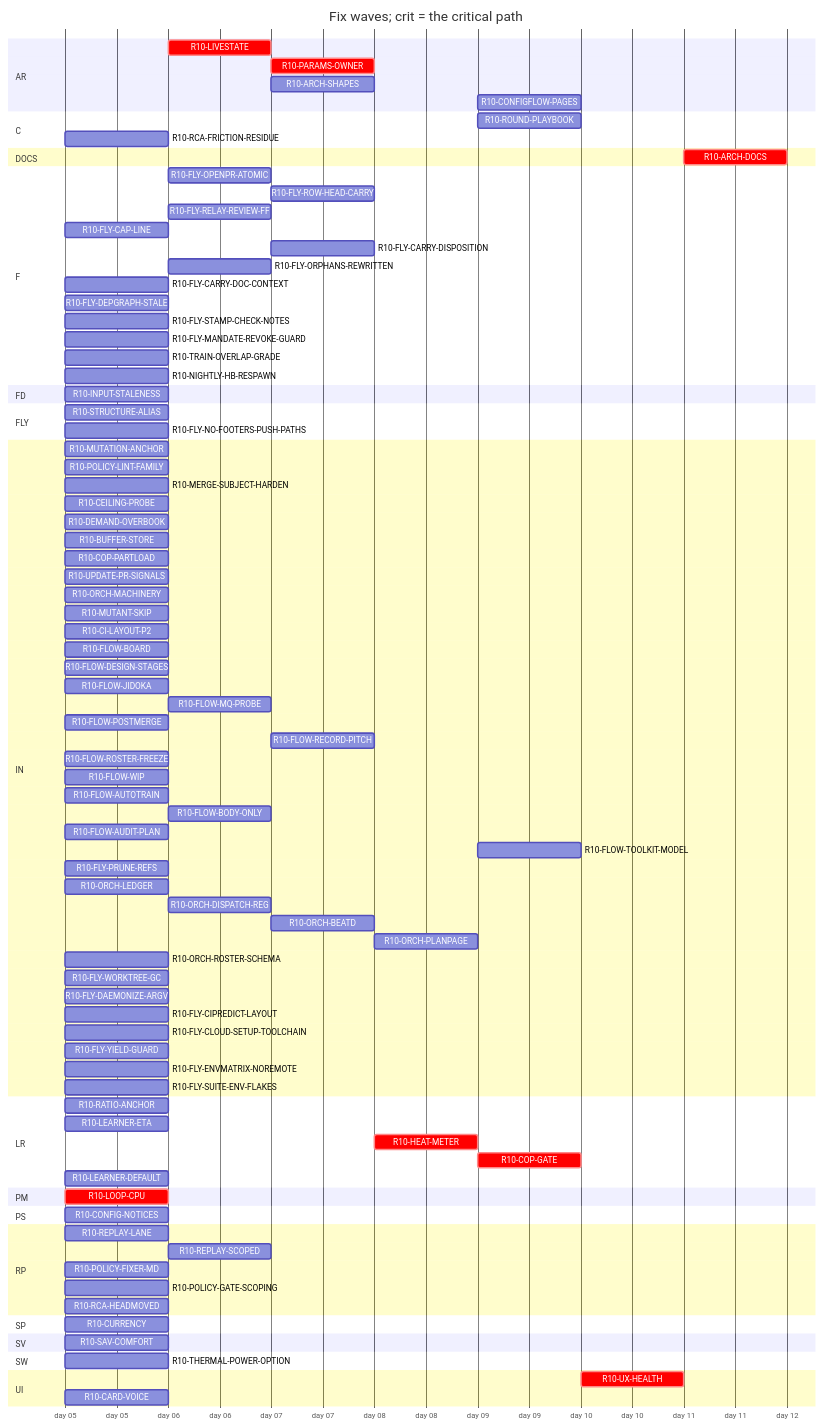
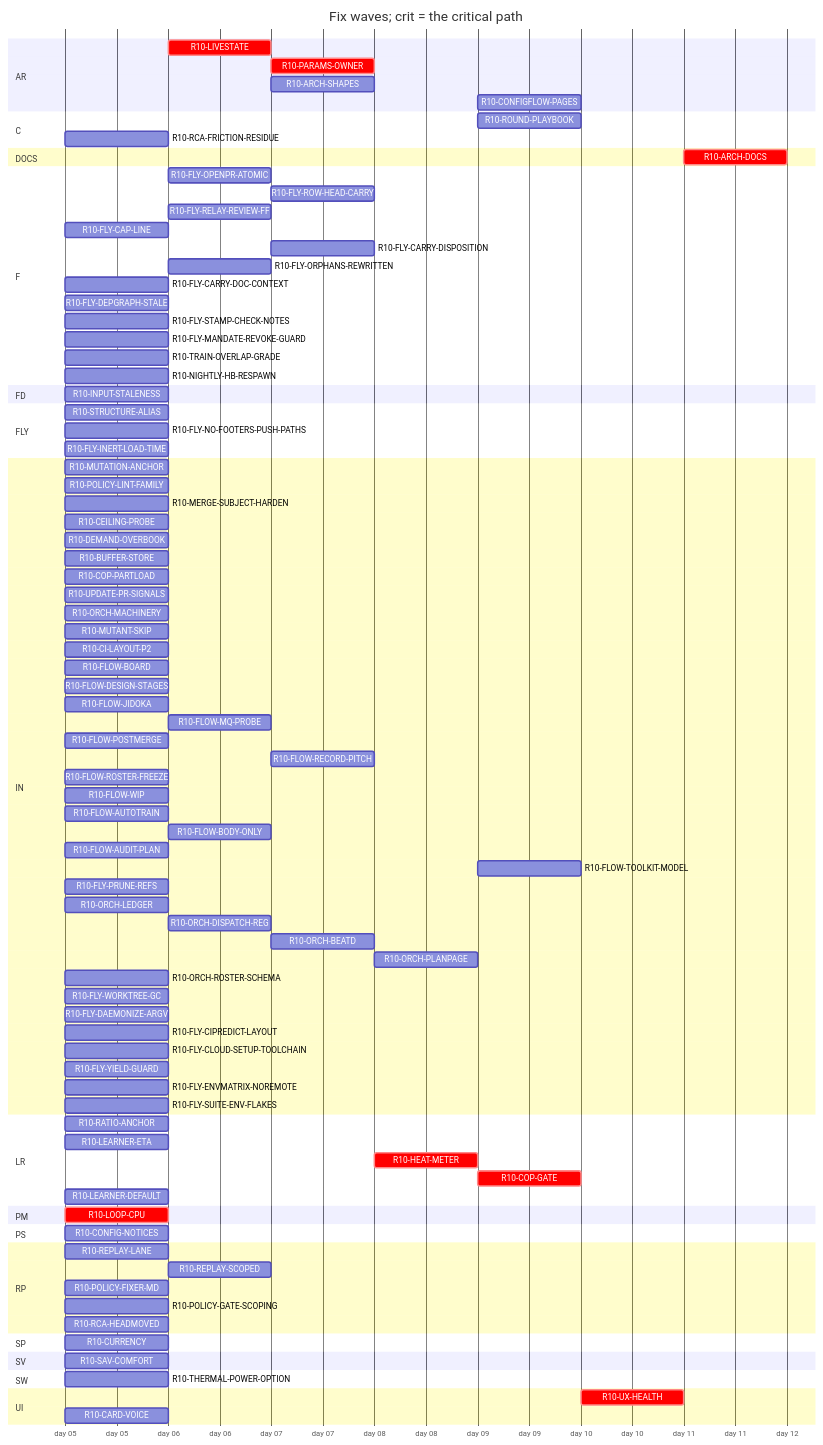
One commit to tvofi/heatpump_optimizer changed the diagram in handoff/round10/state/PLAN-TABLE.md. Above: the diagram before and after it, drawn with Mermaid. The commit also changed other lines of this file and 2 other files, not shown here.

```diff
--- a/handoff/round10/state/PLAN-TABLE.md
+++ b/handoff/round10/state/PLAN-TABLE.md
@@ -58,6 +58,7 @@
   section FLY
     R10-STRUCTURE-ALIAS :r10STRUCTUREALIAS, 2026-01-05, 1d
     R10-FLY-NO-FOOTERS-PUSH-PATHS :r10FLYNOFOOTERSPUSHPATHS, 2026-01-05, 1d
+    R10-FLY-INERT-LOAD-TIME :r10FLYINERTLOADTIME, 2026-01-05, 1d
   section IN
     R10-MUTATION-ANCHOR :r10MUTATIONANCHOR, 2026-01-05, 1d
     R10-POLICY-LINT-FAMILY :r10POLICYLINTFAMILY, 2026-01-05, 1d
```
